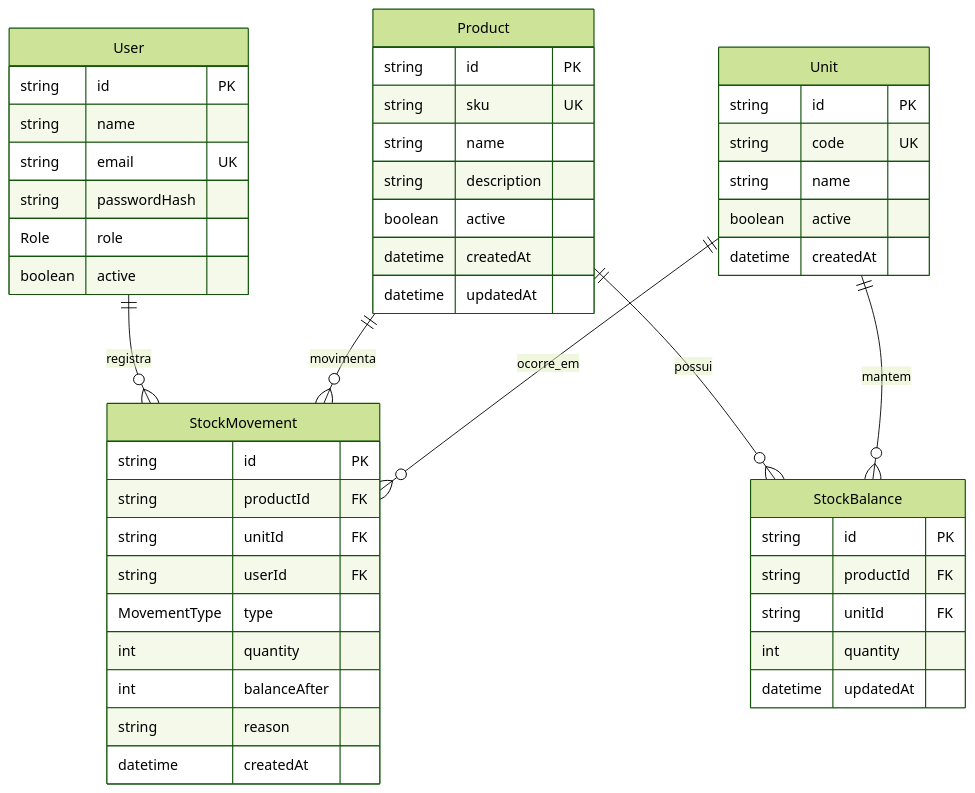
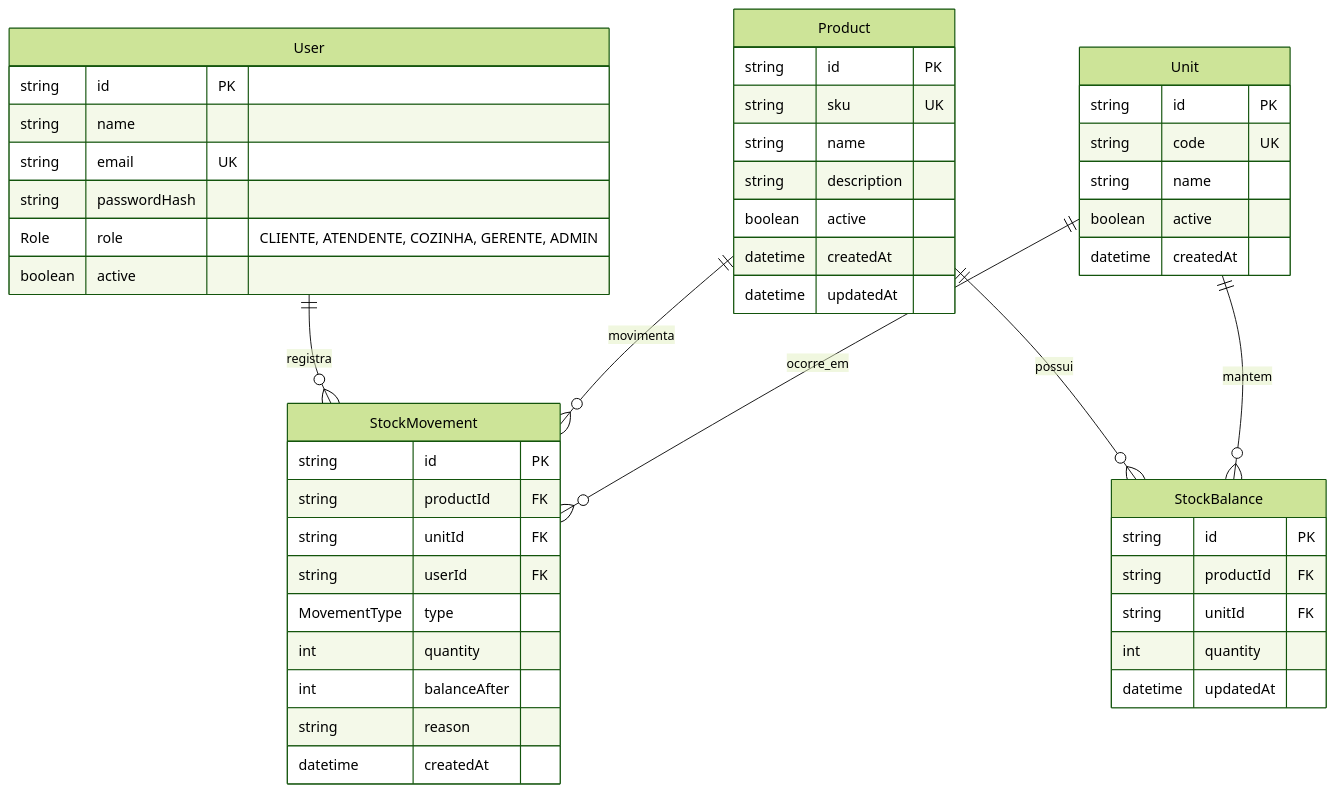
One commit to Gu1lhermeSilvaa/stock-api changed the diagram in docs/der.mmd. Above: the diagram before and after it, drawn with Mermaid (forest theme). The commit also changed 1 other file, not shown here.

```diff
--- a/docs/der.mmd
+++ b/docs/der.mmd
@@ -1,38 +1,38 @@
 erDiagram
   User ||--o{ StockMovement : registra
   Product ||--o{ StockBalance : possui
   Unit ||--o{ StockBalance : mantem
   Product ||--o{ StockMovement : movimenta
   Unit ||--o{ StockMovement : ocorre_em
   User { string id PK
          string name
          string email UK
          string passwordHash
-         Role role
+         Role role "CLIENTE, ATENDENTE, COZINHA, GERENTE, ADMIN"
          boolean active }
   Product { string id PK
             string sku UK
             string name
             string description
             boolean active
             datetime createdAt
             datetime updatedAt }
   Unit { string id PK
          string code UK
          string name
          boolean active
          datetime createdAt }
   StockBalance { string id PK
                  string productId FK
                  string unitId FK
                  int quantity
                  datetime updatedAt }
   StockMovement { string id PK
                   string productId FK
                   string unitId FK
                   string userId FK
                   MovementType type
                   int quantity
                   int balanceAfter
                   string reason
                   datetime createdAt }
```
